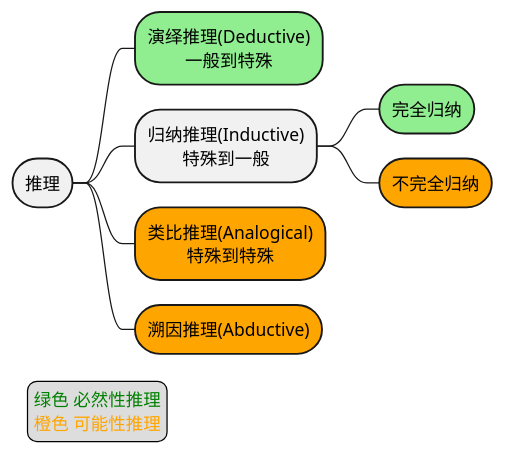
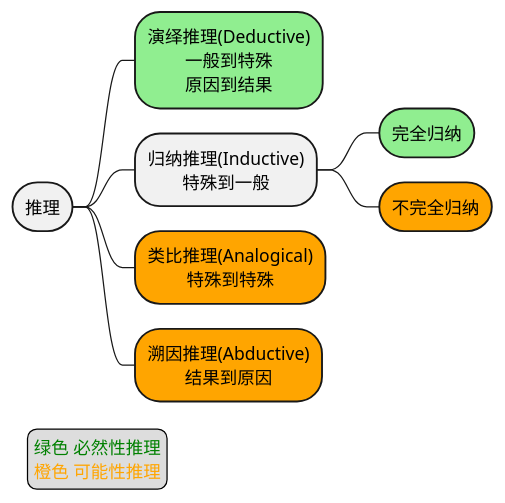
One commit to holmofy/blog.hufeifei.cn changed the first of 5 diagrams in source/_posts/logic/logic.md. Above: the diagram before and after it, drawn with PlantUML.

````diff
--- a/source/_posts/logic/logic.md
+++ b/source/_posts/logic/logic.md
@@ -12,21 +12,21 @@
 ```plantuml
 @startmindmap
 <style>
 node {
     HorizontalAlignment center
     RoundCorner 40
 }
 </style>
 * 推理
-**[#LightGreen] 演绎推理(Deductive)\n一般到特殊
+**[#LightGreen] 演绎推理(Deductive)\n一般到特殊\n原因到结果
 ** 归纳推理(Inductive)\n特殊到一般
 ***[#LightGreen] 完全归纳
 ***[#Orange] 不完全归纳
 **[#Orange] 类比推理(Analogical)\n特殊到特殊
-**[#Orange] 溯因推理(Abductive)
+**[#Orange] 溯因推理(Abductive)\n结果到原因
 legend left
   <font color="green">绿色 必然性推理</font>
   <font color="orange">橙色 可能性推理</font>
 endlegend
 @endmindmap
 ```
````
